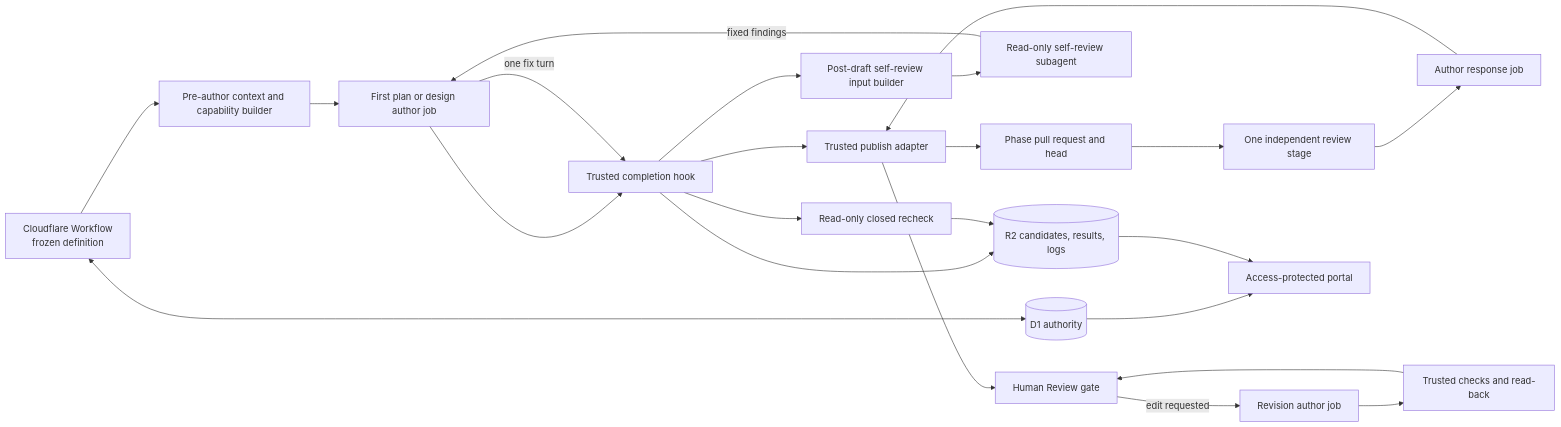
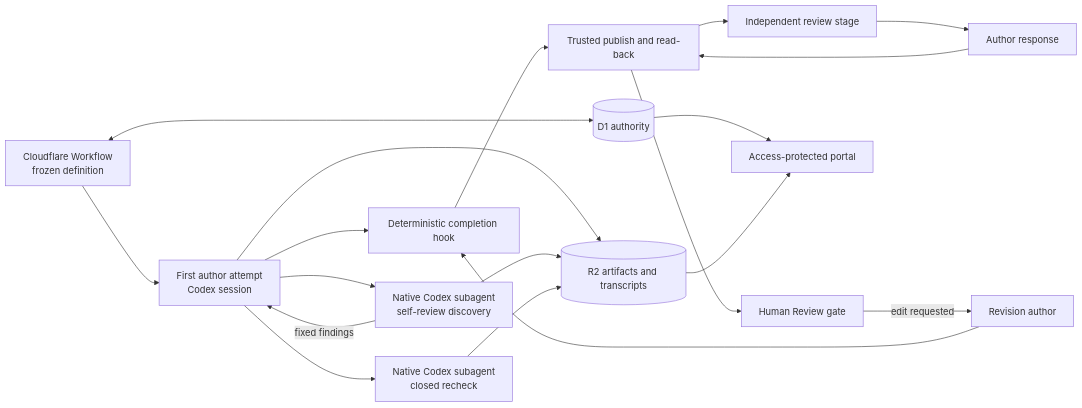
The diagram in openspec/changes/sac-170/design.md (sachinkundu/deos), drawn with Mermaid before and after one commit. The commit also changed other lines of this file, not shown here.

Commit message:
DEOS planning manifest workflow:2a653831-c1ec-4db7-972a-d0d08ac0a3d8:eecb8048-26ce-4c5c-9467-97e583842f5b:run:1:system_action:publish_design_revision:github.publish_design_candidate:e402fefdd96110175e7617824c62d1287ca9894744d68d81612c2352fa569847:27

````diff
--- a/openspec/changes/sac-170/design.md
+++ b/openspec/changes/sac-170/design.md
@@ -55,25 +57,21 @@
-~~~mermaid
+```mermaid
 flowchart LR
     W[Cloudflare Workflow<br/>frozen definition] <--> D[(D1 authority)]
-    W --> C[Pre-author context and capability builder]
-    C --> A[First plan or design author job]
-    A --> H[Trusted completion hook]
-    H --> SI[Post-draft self-review input builder]
-    SI --> SR[Read-only self-review subagent]
-    SR -->|fixed findings| A
-    A -->|one fix turn| H
-    H --> RC[Read-only closed recheck]
-    H --> R[(R2 candidates, results, logs)]
-    RC --> R
-    H --> P[Trusted publish adapter]
-    P --> PR[Phase pull request and head]
-    PR --> IR[One independent review stage]
-    IR --> AR[Author response job]
-    AR --> P
-    P --> HG[Human Review gate]
-    HG -->|edit requested| RA[Revision author job]
-    RA --> TV[Trusted checks and read-back]
-    TV --> HG
+    W --> A[First author attempt<br/>Codex session]
+    A --> C[Deterministic completion hook]
+    A --> SD[Native Codex subagent<br/>self-review discovery]
+    SD -->|fixed findings| A
+    A --> SR[Native Codex subagent<br/>closed recheck]
+    A --> E[(R2 artifacts and transcripts)]
+    SD --> E
+    SR --> E
+    C --> P[Trusted publish and read-back]
+    P --> I[Independent review stage]
+    I --> R[Author response]
+    R --> P
+    P --> H[Human Review gate]
+    H -->|edit requested| V[Revision author]
+    V --> C
     D --> O[Access-protected portal]
-    R --> O
-~~~
+    E --> O
+```
````
